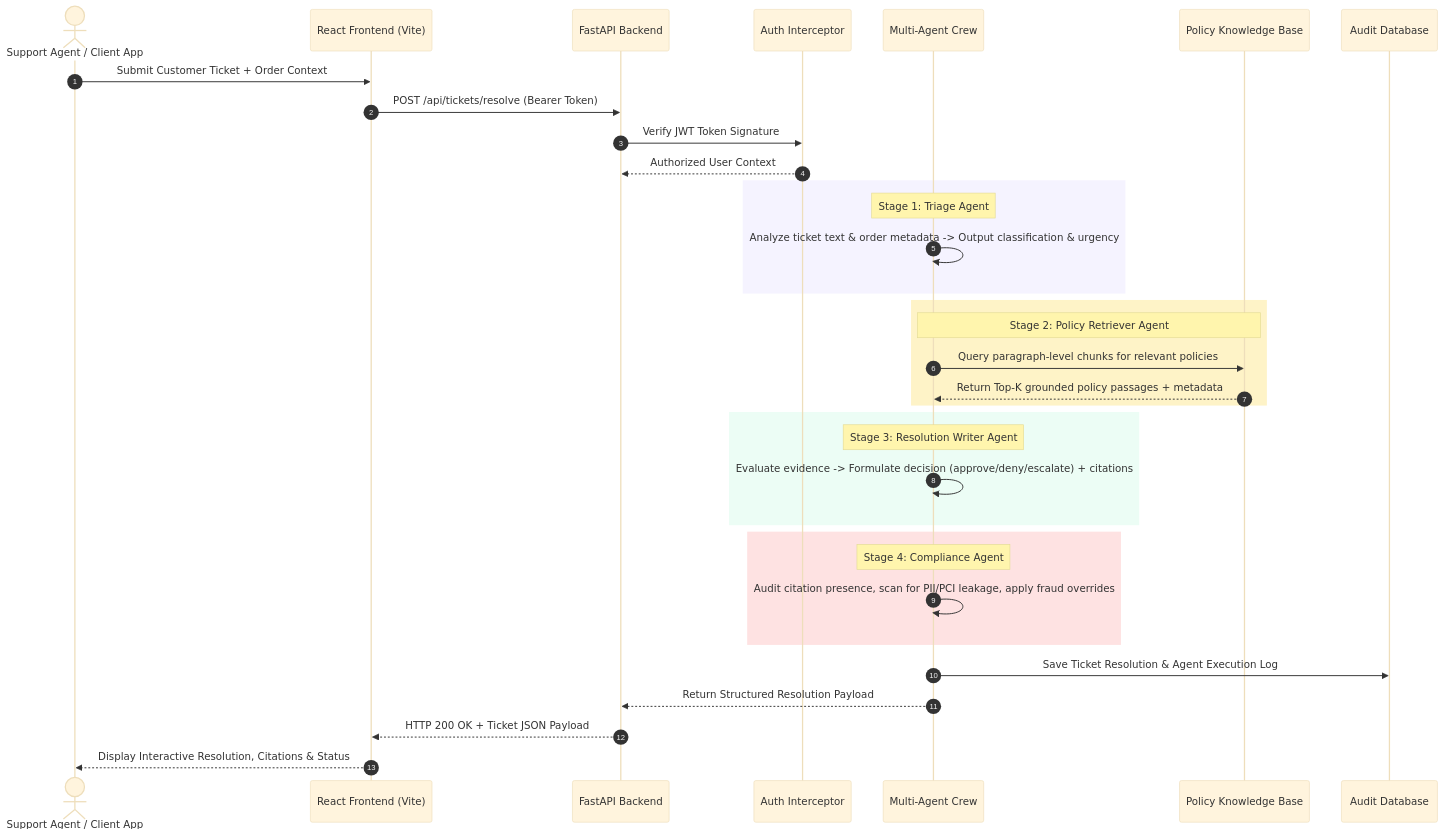
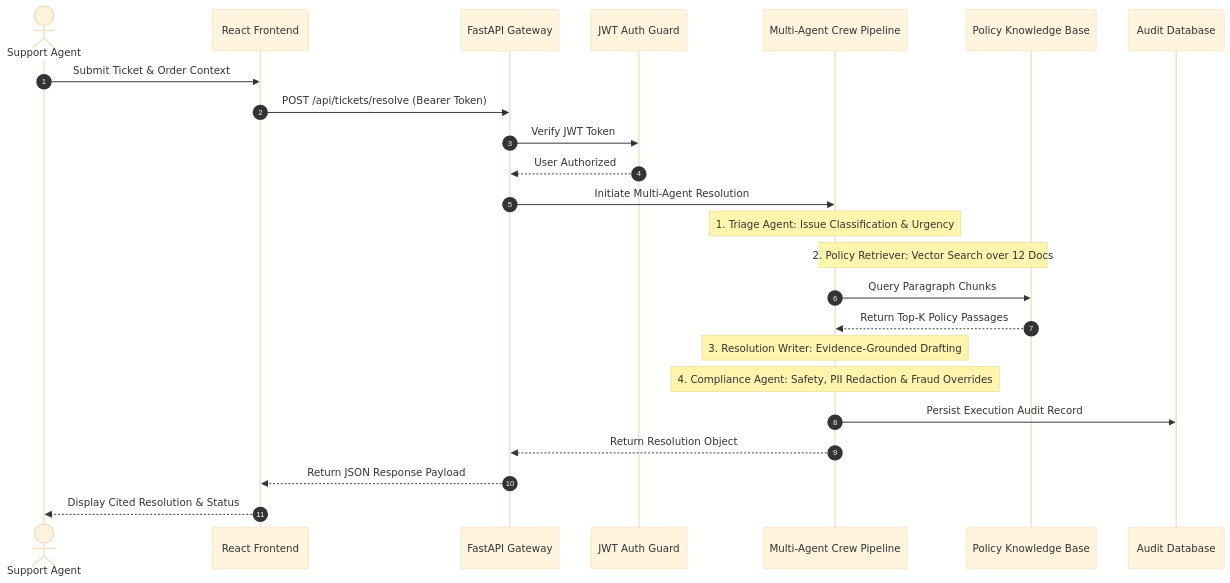
One commit to Reethikaa05/SupportIQ changed the second of 3 diagrams in README.md. Above: the diagram before and after it, drawn with Mermaid (base theme). The commit also changed other lines of this file, not shown here.

Commit message:
docs: fix Mermaid syntax for GitHub renderer compatibility

````diff
--- a/README.md
+++ b/README.md
@@ -93,42 +94,29 @@
 ```mermaid
 sequenceDiagram
     autonumber
-    actor Agent as Support Agent / Client App
-    participant FE as React Frontend (Vite)
-    participant API as FastAPI Backend
-    participant Auth as Auth Interceptor
-    participant Pipeline as Multi-Agent Crew
+    actor Agent as Support Agent
+    participant FE as React Frontend
+    participant API as FastAPI Gateway
+    participant Auth as JWT Auth Guard
+    participant Crew as Multi-Agent Crew Pipeline
     participant KB as Policy Knowledge Base
     participant DB as Audit Database
 
-    Agent->>FE: Submit Customer Ticket + Order Context
+    Agent->>FE: Submit Ticket & Order Context
     FE->>API: POST /api/tickets/resolve (Bearer Token)
-    API->>Auth: Verify JWT Token Signature
-    Auth-->>API: Authorized User Context
+    API->>Auth: Verify JWT Token
+    Auth-->>API: User Authorized
+    API->>Crew: Initiate Multi-Agent Resolution
 
-    rect rgb(245, 243, 255)
-        Note over Pipeline: Stage 1: Triage Agent
-        Pipeline->>Pipeline: Analyze ticket text & order metadata -> Output classification & urgency
-    end
+    Note over Crew: 1. Triage Agent: Issue Classification & Urgency
+    Note over Crew, KB: 2. Policy Retriever: Vector Search over 12 Docs
+    Crew->>KB: Query Paragraph Chunks
+    KB-->>Crew: Return Top-K Policy Passages
+    Note over Crew: 3. Resolution Writer: Evidence-Grounded Drafting
+    Note over Crew: 4. Compliance Agent: Safety, PII Redaction & Fraud Overrides
 
-    rect rgb(254, 243, 199)
-        Note over Pipeline, KB: Stage 2: Policy Retriever Agent
-        Pipeline->>KB: Query paragraph-level chunks for relevant policies
-        KB-->>Pipeline: Return Top-K grounded policy passages + metadata
-    end
-
-    rect rgb(236, 253, 245)
-        Note over Pipeline: Stage 3: Resolution Writer Agent
-        Pipeline->>Pipeline: Evaluate evidence -> Formulate decision (approve/deny/escalate) + citations
-    end
-
-    rect rgb(254, 226, 226)
-        Note over Pipeline: Stage 4: Compliance Agent
-        Pipeline->>Pipeline: Audit citation presence, scan for PII/PCI leakage, apply fraud overrides
-    end
-
-    Pipeline->>DB: Save Ticket Resolution & Agent Execution Log
-    Pipeline-->>API: Return Structured Resolution Payload
-    API-->>FE: HTTP 200 OK + Ticket JSON Payload
-    FE-->>Agent: Display Interactive Resolution, Citations & Status
+    Crew->>DB: Persist Execution Audit Record
+    Crew-->>API: Return Resolution Object
+    API-->>FE: Return JSON Response Payload
+    FE-->>Agent: Display Cited Resolution & Status
 ```
````
